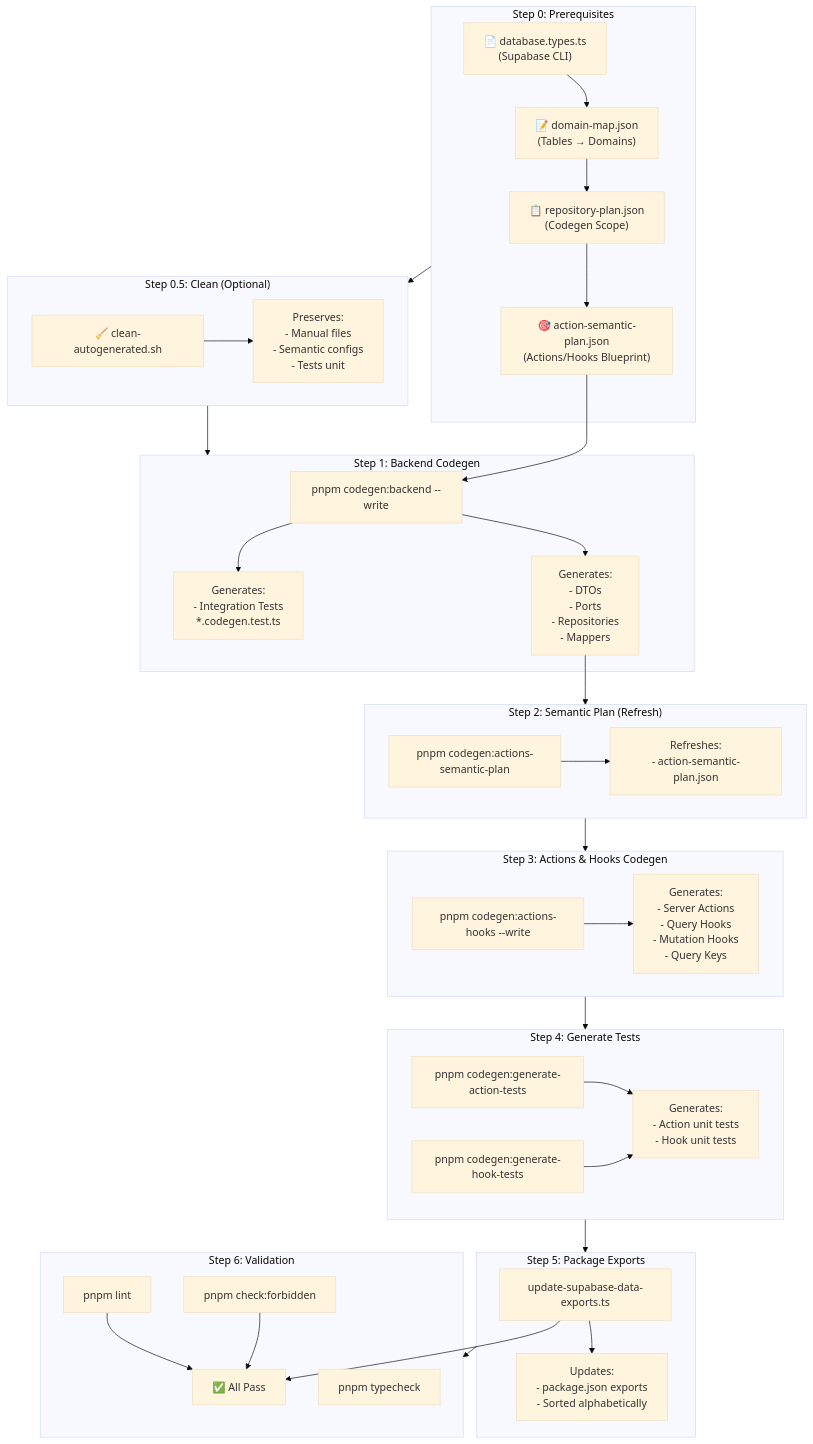
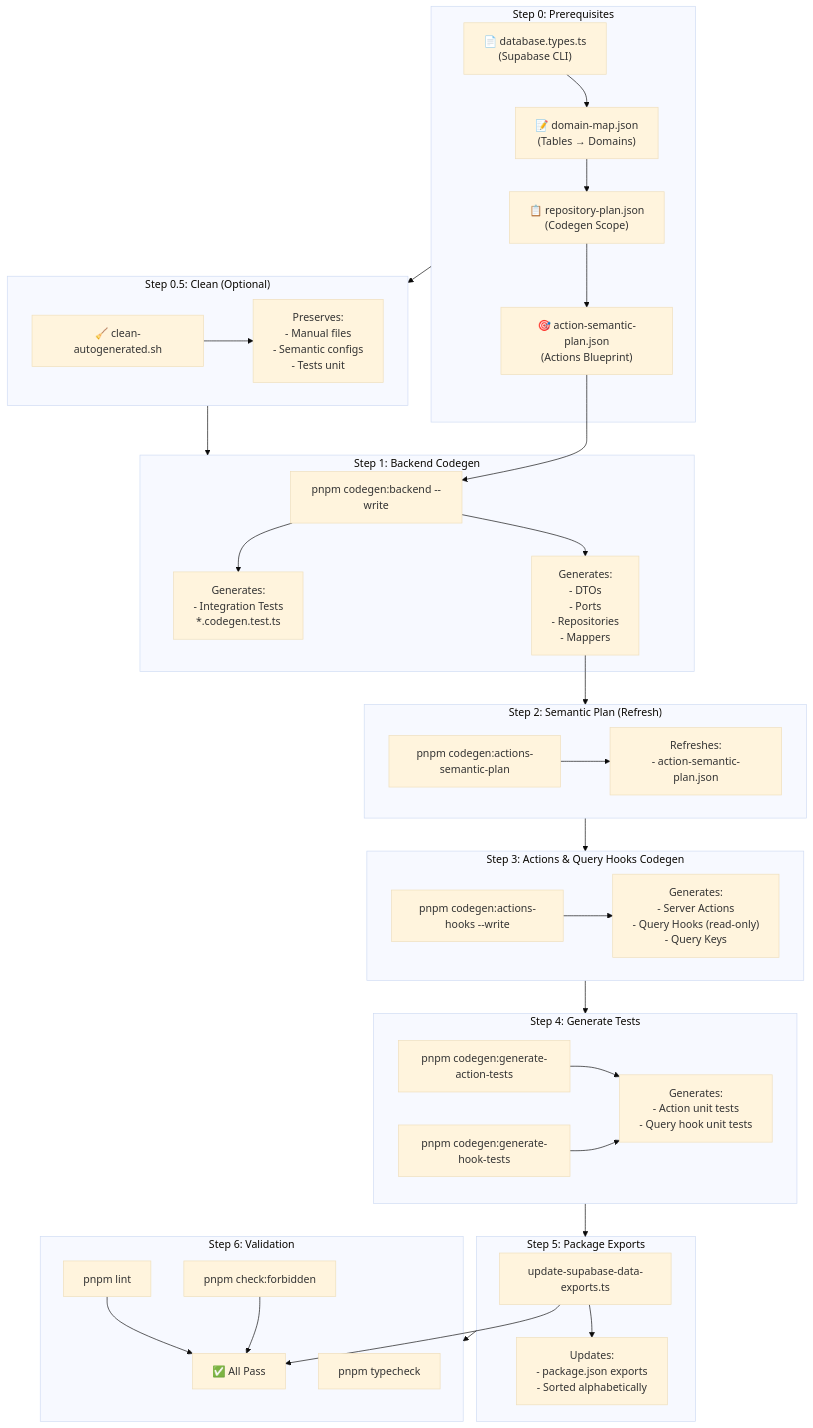
The first of 2 diagrams in docs/architecture/codegen-pipeline-diagram.md (noasantos/nextjs-template), drawn with Mermaid (base theme) before and after one commit. The commit also changed other lines of this file and 82 other files, not shown here.

````diff
--- a/docs/architecture/codegen-pipeline-diagram.md
+++ b/docs/architecture/codegen-pipeline-diagram.md
@@ -9,71 +9,71 @@
 ```mermaid
 flowchart TD
     subgraph Step0["Step 0: Prerequisites"]
         A1["📄 database.types.ts<br/>(Supabase CLI)"]
         A2["📝 domain-map.json<br/>(Tables → Domains)"]
         A3["📋 repository-plan.json<br/>(Codegen Scope)"]
-        A4["🎯 action-semantic-plan.json<br/>(Actions/Hooks Blueprint)"]
+        A4["🎯 action-semantic-plan.json<br/>(Actions Blueprint)"]
 
         A1 --> A2
         A2 --> A3
         A3 --> A4
     end
 
     subgraph Step05["Step 0.5: Clean (Optional)"]
         B1["🧹 clean-autogenerated.sh"]
         B2["Preserves:<br/>- Manual files<br/>- Semantic configs<br/>- Tests unit"]
         B1 --> B2
     end
 
     subgraph Step1["Step 1: Backend Codegen"]
         C1["pnpm codegen:backend --write"]
         C2["Generates:<br/>- DTOs<br/>- Ports<br/>- Repositories<br/>- Mappers"]
         C3["Generates:<br/>- Integration Tests<br/>*.codegen.test.ts"]
         C1 --> C2
         C1 --> C3
     end
 
     subgraph Step2["Step 2: Semantic Plan (Refresh)"]
         D1["pnpm codegen:actions-semantic-plan"]
         D2["Refreshes:<br/>- action-semantic-plan.json"]
         D1 --> D2
     end
 
-    subgraph Step3["Step 3: Actions & Hooks Codegen"]
+    subgraph Step3["Step 3: Actions & Query Hooks Codegen"]
         E1["pnpm codegen:actions-hooks --write"]
-        E2["Generates:<br/>- Server Actions<br/>- Query Hooks<br/>- Mutation Hooks<br/>- Query Keys"]
+        E2["Generates:<br/>- Server Actions<br/>- Query Hooks (read-only)<br/>- Query Keys"]
         E1 --> E2
     end
 
     subgraph Step4["Step 4: Generate Tests"]
         F1["pnpm codegen:generate-action-tests"]
         F2["pnpm codegen:generate-hook-tests"]
-        F3["Generates:<br/>- Action unit tests<br/>- Hook unit tests"]
+        F3["Generates:<br/>- Action unit tests<br/>- Query hook unit tests"]
         F1 --> F3
         F2 --> F3
     end
 
     subgraph Step5["Step 5: Package Exports"]
         G1["update-supabase-data-exports.ts"]
         G2["Updates:<br/>- package.json exports<br/>- Sorted alphabetically"]
         G1 --> G2
     end
 
     subgraph Step6["Step 6: Validation"]
         H1["pnpm typecheck"]
         H2["pnpm lint"]
         H3["pnpm check:forbidden"]
         G1 --> H4["✅ All Pass"]
         H2 --> H4
         H3 --> H4
     end
 
     A4 --> C1
     Step0 --> Step05
     Step05 --> Step1
     C2 --> Step2
     Step2 --> Step3
     Step3 --> Step4
     Step4 --> Step5
     Step5 --> Step6
 ```
````
